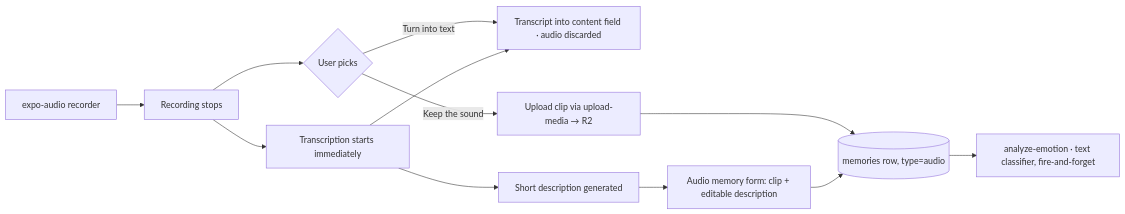
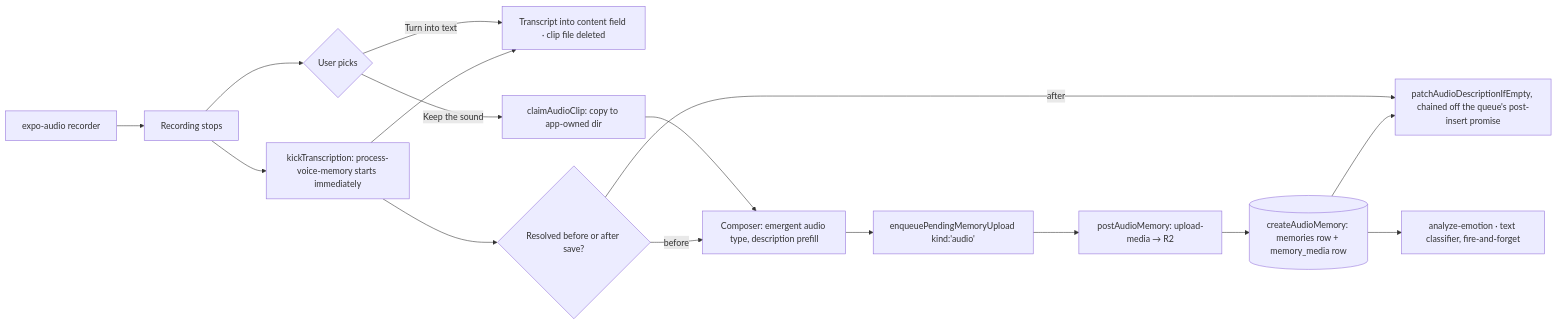
Before and after one commit to eduardoyi/newmomora: the diagram in docs/features/audio-memories.md, drawn with Mermaid. The commit also changed other lines of this file and 86 other files, not shown here.

First line of the commit message:
feat: audio memories — keep the sound as a first-class memory type

````diff
--- a/docs/features/audio-memories.md
+++ b/docs/features/audio-memories.md
@@ -41,14 +47,18 @@
 ```mermaid
 flowchart LR
   Mic[expo-audio recorder] --> Stop[Recording stops]
-  Stop --> Transcribe[Transcription starts immediately]
+  Stop --> Transcribe[kickTranscription: process-voice-memory starts immediately]
   Stop --> Fork{User picks}
-  Fork -->|Turn into text| Text[Transcript into content field · audio discarded]
-  Fork -->|Keep the sound| Keep[Upload clip via upload-media → R2]
+  Fork -->|Turn into text| Text[Transcript into content field · clip file deleted]
+  Fork -->|Keep the sound| Claim[claimAudioClip: copy to app-owned dir]
+  Claim --> Compose[Composer: emergent audio type, description prefill]
+  Compose --> Enqueue[enqueuePendingMemoryUpload kind:'audio']
+  Enqueue --> Upload[postAudioMemory: upload-media → R2]
+  Upload --> DB[(createAudioMemory: memories row + memory_media row)]
   Transcribe --> Text
-  Transcribe --> Describe[Short description generated]
-  Describe --> Form[Audio memory form: clip + editable description]
-  Keep --> DB[(memories row, type=audio)]
-  Form --> DB
+  Transcribe --> Backfill{Resolved before or after save?}
+  Backfill -->|before| Compose
+  Backfill -->|after| Patch[patchAudioDescriptionIfEmpty, chained off the queue's post-insert promise]
+  DB --> Patch
   DB --> Emotion[analyze-emotion · text classifier, fire-and-forget]
 ```
````
